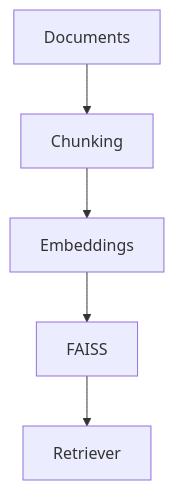
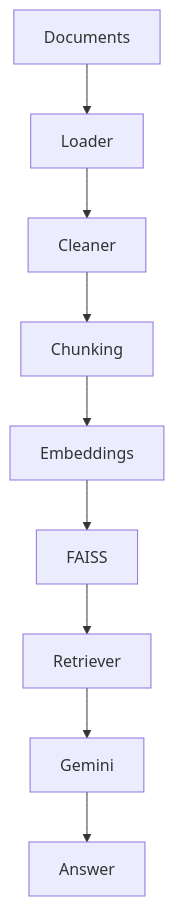
Before and after one commit to Vimthic/AI-Document-Assistant: the diagram in README.md, drawn with Mermaid. The commit also changed other lines of this file and 13 other files, not shown here.

````diff
--- a/README.md
+++ b/README.md
@@ -48,7 +49,11 @@
 ```mermaid
 graph TD
-    Documents[Documents] --> Chunking[Chunking]
+    Documents[Documents] --> Loader[Loader]
+    Loader --> Cleaner[Cleaner]
+    Cleaner --> Chunking[Chunking]
     Chunking --> Embeddings[Embeddings]
     Embeddings --> FAISS[FAISS]
     FAISS --> Retriever[Retriever]
+    Retriever --> Gemini[Gemini]
+    Gemini --> Answer[Answer]
 ```
````
